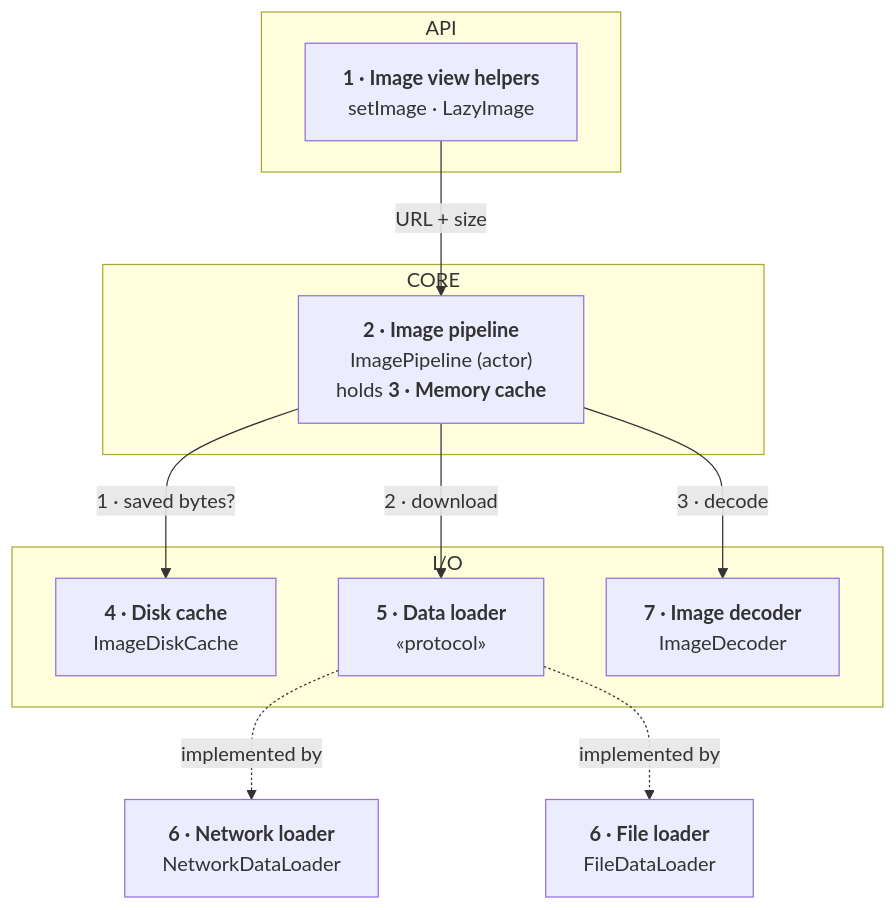
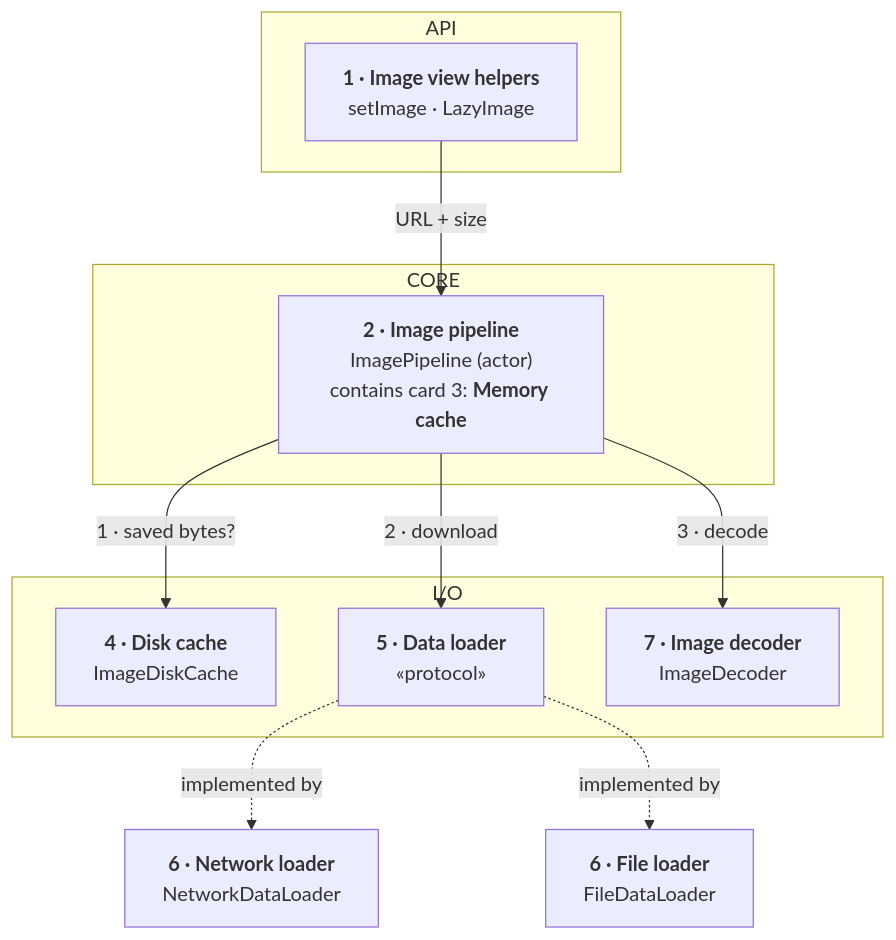
The first of 2 diagrams in topics/system-design/01-image-loading-and-caching-library.md (rezabina86/reference-desk), drawn with Mermaid before and after one commit. The commit also changed other lines of this file and 4 other files, not shown here.

````diff
--- a/topics/system-design/01-image-loading-and-caching-library.md
+++ b/topics/system-design/01-image-loading-and-caching-library.md
@@ -123,27 +141,27 @@
 ```mermaid
 flowchart TB
   subgraph A["API"]
     Call["<b>1 · Image view helpers</b><br/>setImage · LazyImage"]
   end
   subgraph C["CORE"]
-    Pipe["<b>2 · Image pipeline</b><br/>ImagePipeline (actor)<br/>holds <b>3 · Memory cache</b>"]
+    Pipe["<b>2 · Image pipeline</b><br/>ImagePipeline (actor)<br/>contains card 3: <b>Memory cache</b>"]
   end
   subgraph IO["I/O"]
     Disk["<b>4 · Disk cache</b><br/>ImageDiskCache"]
     Loader["<b>5 · Data loader</b><br/>«protocol»"]
     Dec["<b>7 · Image decoder</b><br/>ImageDecoder"]
   end
   Net["<b>6 · Network loader</b><br/>NetworkDataLoader"]
   File["<b>6 · File loader</b><br/>FileDataLoader"]
   Call -- "URL + size" --> Pipe
   Pipe -- "1 · saved bytes?" --> Disk
   Pipe -- "2 · download" --> Loader
   Pipe -- "3 · decode" --> Dec
   Loader -. "implemented by" .-> Net
   Loader -. "implemented by" .-> File
   class Call pres
   class Pipe dom
   class Disk,Loader,Dec data
   class Net net
   class File data
 ```
````
